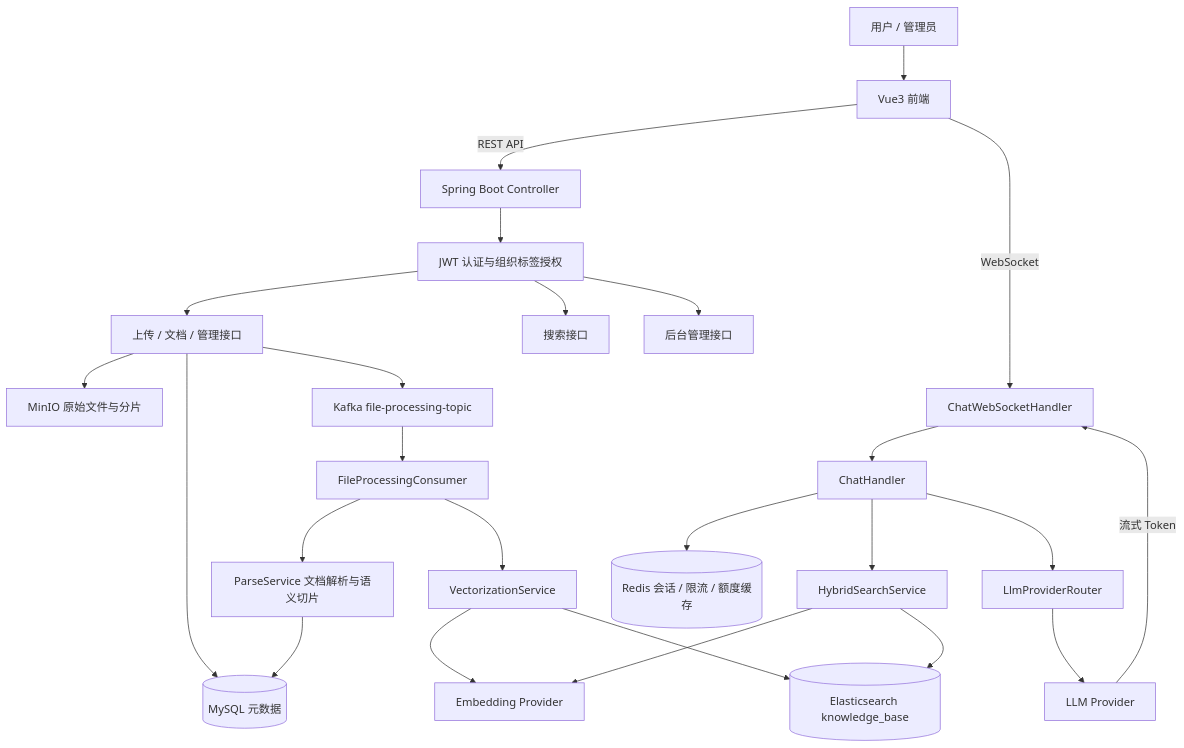
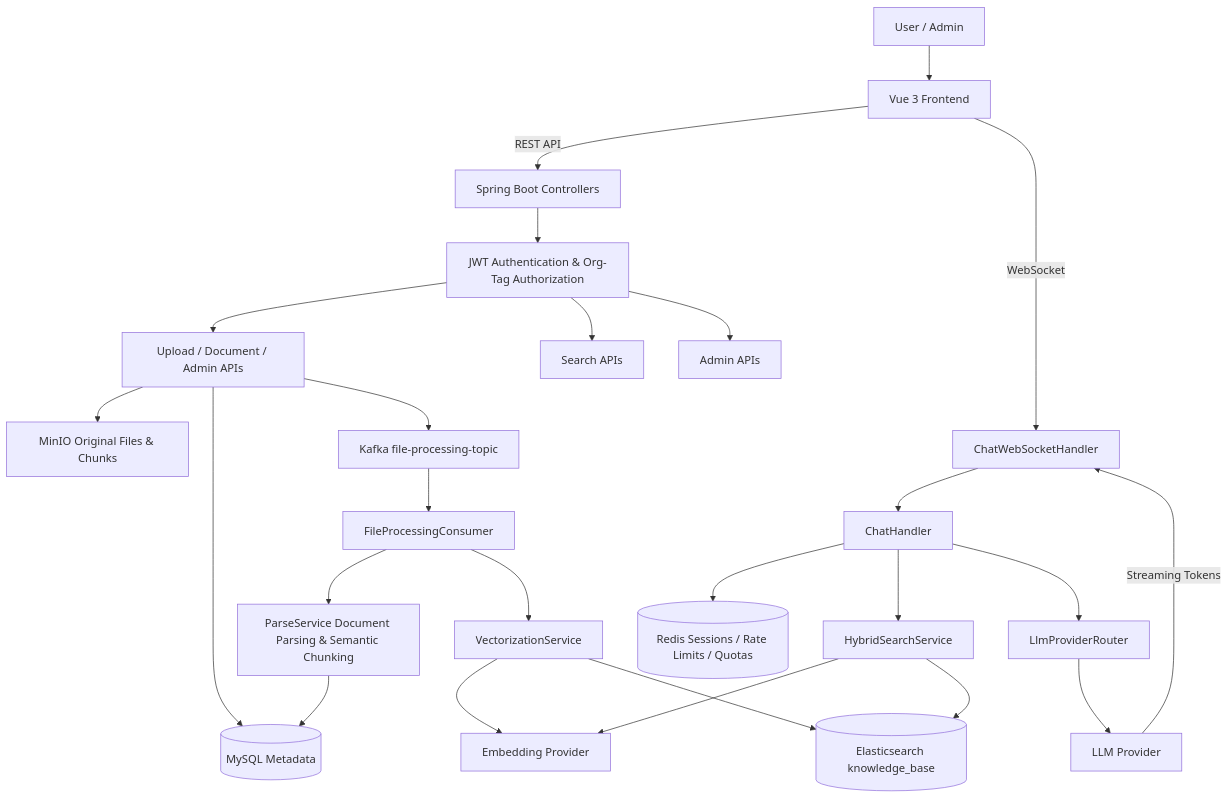
Before and after one commit to Rishi-Mishima/RAG-smart-flowpai: the first of 3 diagrams in README.md, drawn with Mermaid. The commit also changed other lines of this file, not shown here.

````diff
--- a/README.md
+++ b/README.md
@@ -27,31 +27,31 @@
 ```mermaid
 flowchart TB
-    User[用户 / 管理员] --> FE[Vue3 前端]
-    FE -->|REST API| API[Spring Boot Controller]
+    User[User / Admin] --> FE[Vue 3 Frontend]
+    FE -->|REST API| API[Spring Boot Controllers]
     FE -->|WebSocket| WS[ChatWebSocketHandler]
 
-    API --> Auth[JWT 认证与组织标签授权]
-    Auth --> Upload[上传 / 文档 / 管理接口]
-    Auth --> Search[搜索接口]
-    Auth --> Admin[后台管理接口]
+    API --> Auth[JWT Authentication & Org-Tag Authorization]
+    Auth --> Upload[Upload / Document / Admin APIs]
+    Auth --> Search[Search APIs]
+    Auth --> Admin[Admin APIs]
 
-    Upload --> MinIO[MinIO 原始文件与分片]
-    Upload --> MySQL[(MySQL 元数据)]
+    Upload --> MinIO[MinIO Original Files & Chunks]
+    Upload --> MySQL[(MySQL Metadata)]
     Upload --> Kafka[Kafka file-processing-topic]
 
     Kafka --> Consumer[FileProcessingConsumer]
-    Consumer --> Parse[ParseService 文档解析与语义切片]
+    Consumer --> Parse[ParseService Document Parsing & Semantic Chunking]
     Parse --> MySQL
     Consumer --> Vector[VectorizationService]
     Vector --> Embed[Embedding Provider]
     Vector --> ES[(Elasticsearch knowledge_base)]
 
     WS --> Chat[ChatHandler]
-    Chat --> Redis[(Redis 会话 / 限流 / 额度缓存)]
+    Chat --> Redis[(Redis Sessions / Rate Limits / Quotas)]
     Chat --> Hybrid[HybridSearchService]
     Hybrid --> Embed
     Hybrid --> ES
     Chat --> Router[LlmProviderRouter]
     Router --> LLM[LLM Provider]
-    LLM -->|流式 Token| WS
+    LLM -->|Streaming Tokens| WS
 ```
````
